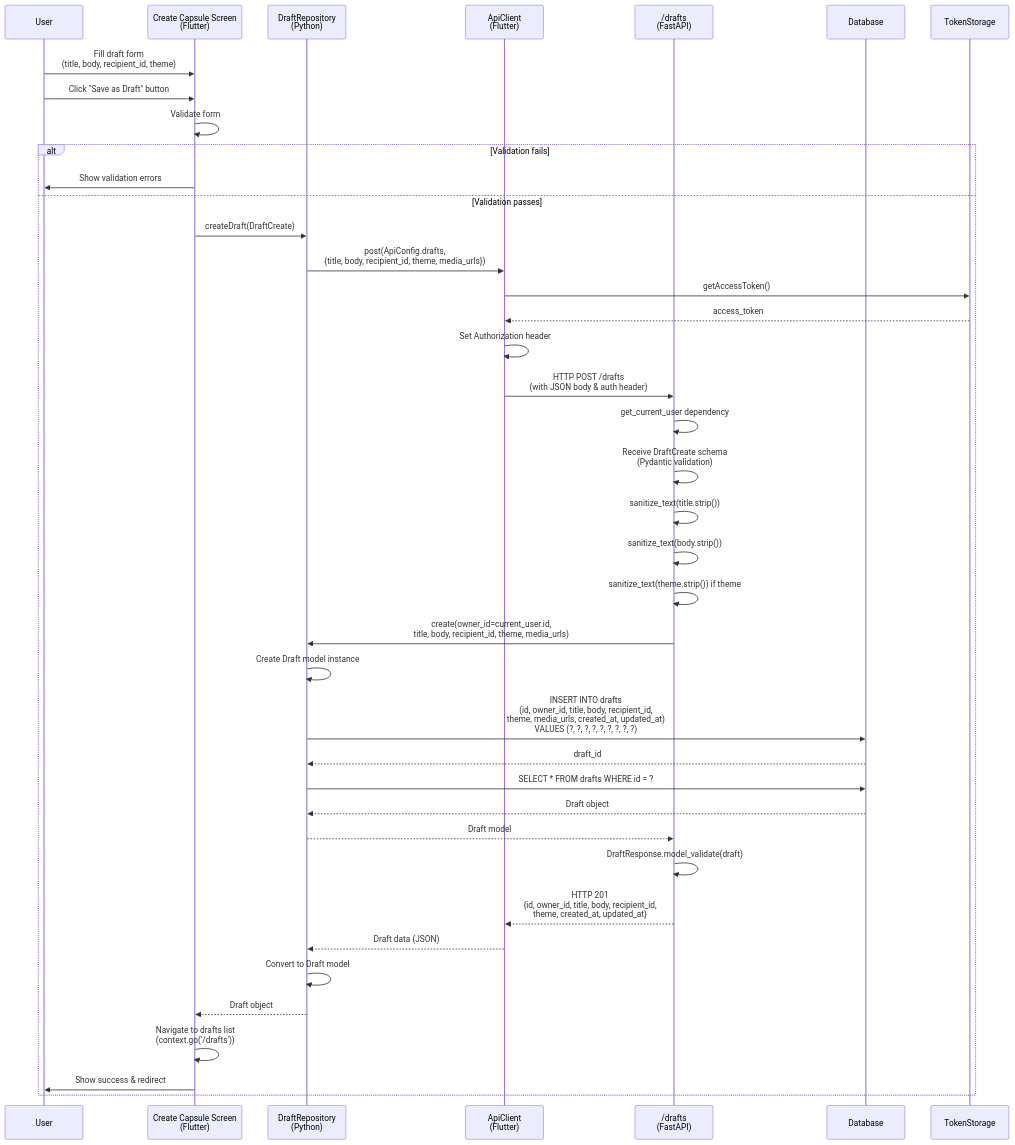
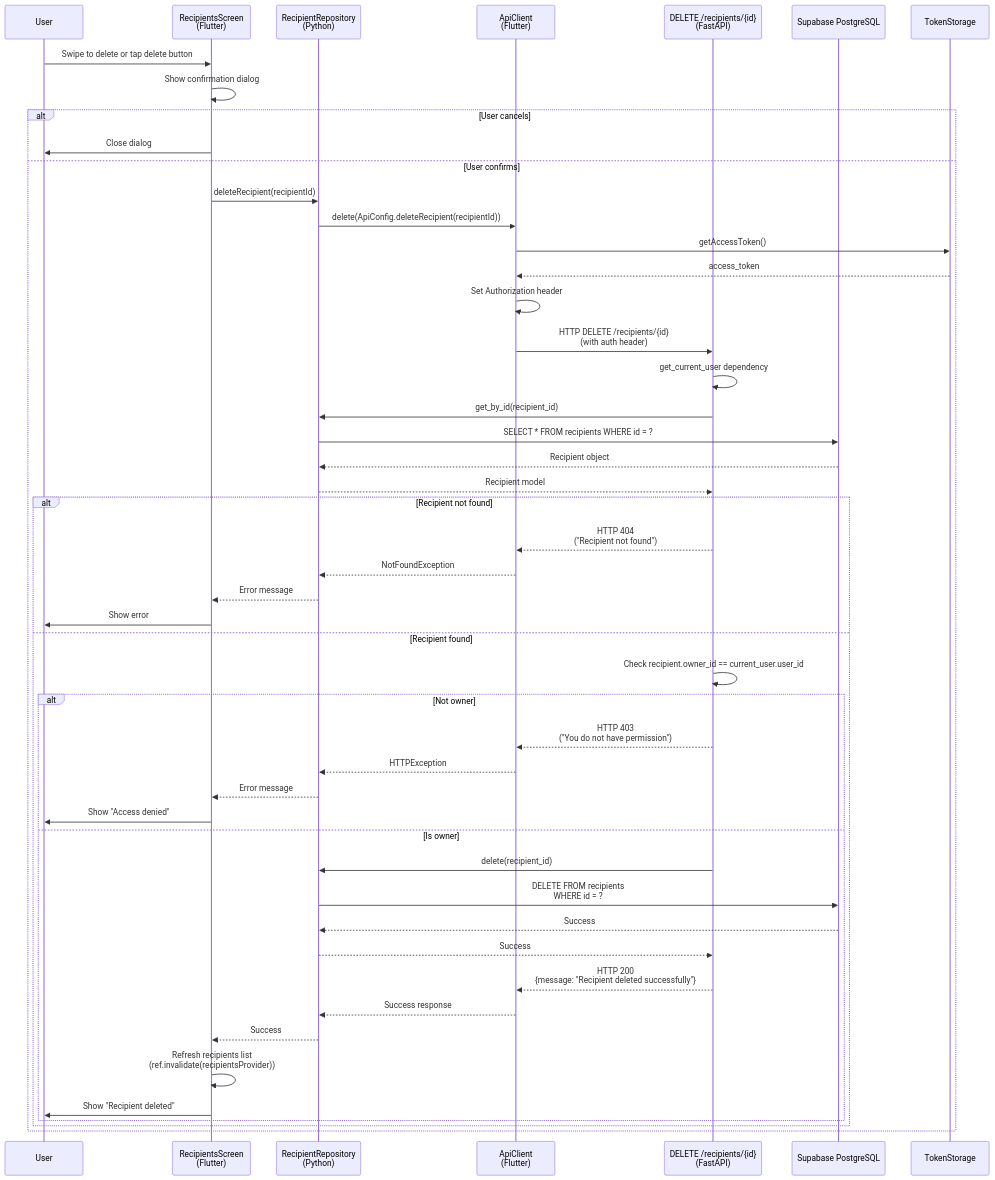
Diagram 14 of 20 in docs/SEQUENCE_DIAGRAMS.md (sunilkumarvuppala/open-on-app), drawn with Mermaid before and after one commit. The commit also changed other lines of this file and 64 other files, not shown here.

````diff
--- a/docs/SEQUENCE_DIAGRAMS.md
+++ b/docs/SEQUENCE_DIAGRAMS.md
@@ -1220,48 +1162,58 @@
 ```mermaid
 sequenceDiagram
     participant User
-    participant CreateScreen as Create Capsule Screen<br/>(Flutter)
-    participant DraftRepo as DraftRepository<br/>(Flutter)
+    participant RecipientsScreen as RecipientsScreen<br/>(Flutter)
+    participant RecipientRepo as ApiRecipientRepository<br/>(Flutter)
     participant ApiClient as ApiClient<br/>(Flutter)
-    participant DraftAPI as /drafts<br/>(FastAPI)
-    participant DraftRepo as DraftRepository<br/>(Python)
-    participant DB as Database
+    participant RecipientAPI as DELETE /recipients/{id}<br/>(FastAPI)
+    participant RecipientRepo as RecipientRepository<br/>(Python)
+    participant DB as Supabase PostgreSQL
 
-    User->>CreateScreen: Fill draft form<br/>(title, body, recipient_id, theme)
-    User->>CreateScreen: Click "Save as Draft" button
-    CreateScreen->>CreateScreen: Validate form
+    User->>RecipientsScreen: Swipe to delete or tap delete button
+    RecipientsScreen->>RecipientsScreen: Show confirmation dialog
     
-    alt Validation fails
-        CreateScreen->>User: Show validation errors
-    else Validation passes
-        CreateScreen->>DraftRepo: createDraft(DraftCreate)
-        DraftRepo->>ApiClient: post(ApiConfig.drafts,<br/>{title, body, recipient_id, theme, media_urls})
+    alt User cancels
+        RecipientsScreen->>User: Close dialog
+    else User confirms
+        RecipientsScreen->>RecipientRepo: deleteRecipient(recipientId)
+        RecipientRepo->>ApiClient: delete(ApiConfig.deleteRecipient(recipientId))
         ApiClient->>TokenStorage: getAccessToken()
         TokenStorage-->>ApiClient: access_token
         ApiClient->>ApiClient: Set Authorization header
-        ApiClient->>DraftAPI: HTTP POST /drafts<br/>(with JSON body & auth header)
+        ApiClient->>RecipientAPI: HTTP DELETE /recipients/{id}<br/>(with auth header)
         
-        DraftAPI->>DraftAPI: get_current_user dependency
-        DraftAPI->>DraftAPI: Receive DraftCreate schema<br/>(Pydantic validation)
-        DraftAPI->>DraftAPI: sanitize_text(title.strip())
-        DraftAPI->>DraftAPI: sanitize_text(body.strip())
-        DraftAPI->>DraftAPI: sanitize_text(theme.strip()) if theme
+        RecipientAPI->>RecipientAPI: get_current_user dependency
+        RecipientAPI->>RecipientRepo: get_by_id(recipient_id)
+        RecipientRepo->>DB: SELECT * FROM recipients WHERE id = ?
+        DB-->>RecipientRepo: Recipient object
+        RecipientRepo-->>RecipientAPI: Recipient model
         
-        DraftAPI->>DraftRepo: create(owner_id=current_user.id,<br/>title, body, recipient_id, theme, media_urls)
-        DraftRepo->>DraftRepo: Create Draft model instance
-        DraftRepo->>DB: INSERT INTO drafts<br/>(id, owner_id, title, body, recipient_id,<br/>theme, media_urls, created_at, updated_at)<br/>VALUES (?, ?, ?, ?, ?, ?, ?, ?, ?)
-        DB-->>DraftRepo: draft_id
-        DraftRepo->>DB: SELECT * FROM drafts WHERE id = ?
-        DB-->>DraftRepo: Draft object
-        DraftRepo-->>DraftAPI: Draft model
-        
-        DraftAPI->>DraftAPI: DraftResponse.model_validate(draft)
-        DraftAPI-->>ApiClient: HTTP 201<br/>{id, owner_id, title, body, recipient_id,<br/>theme, created_at, updated_at}
-        
-        ApiClient-->>DraftRepo: Draft data (JSON)
-        DraftRepo->>DraftRepo: Convert to Draft model
-        DraftRepo-->>CreateScreen: Draft object
-        CreateScreen->>CreateScreen: Navigate to drafts list<br/>(context.go('/drafts'))
-        CreateScreen->>User: Show success & redirect
+        alt Recipient not found
+            RecipientAPI-->>ApiClient: HTTP 404<br/>("Recipient not found")
+            ApiClient-->>RecipientRepo: NotFoundException
+            RecipientRepo-->>RecipientsScreen: Error message
+            RecipientsScreen->>User: Show error
+        else Recipient found
+            RecipientAPI->>RecipientAPI: Check recipient.owner_id == current_user.user_id
+            
+            alt Not owner
+                RecipientAPI-->>ApiClient: HTTP 403<br/>("You do not have permission")
+                ApiClient-->>RecipientRepo: HTTPException
+                RecipientRepo-->>RecipientsScreen: Error message
+                RecipientsScreen->>User: Show "Access denied"
+            else Is owner
+                RecipientAPI->>RecipientRepo: delete(recipient_id)
+                RecipientRepo->>DB: DELETE FROM recipients<br/>WHERE id = ?
+                DB-->>RecipientRepo: Success
+                RecipientRepo-->>RecipientAPI: Success
+                
+                RecipientAPI-->>ApiClient: HTTP 200<br/>{message: "Recipient deleted successfully"}
+                
+                ApiClient-->>RecipientRepo: Success response
+                RecipientRepo-->>RecipientsScreen: Success
+                RecipientsScreen->>RecipientsScreen: Refresh recipients list<br/>(ref.invalidate(recipientsProvider))
+                RecipientsScreen->>User: Show "Recipient deleted"
+            end
+        end
     end
 ```
````
